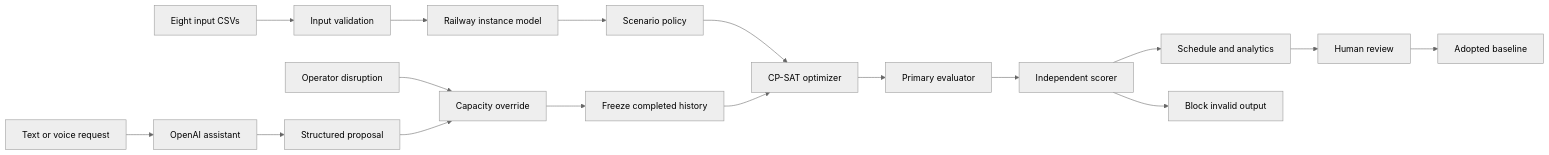
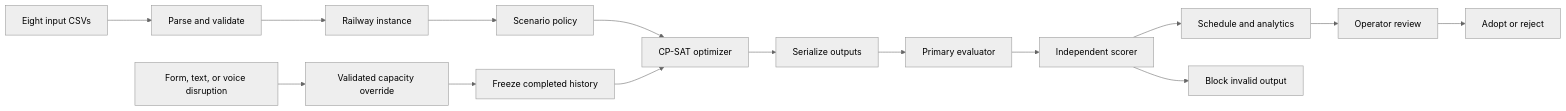
Before and after one commit to 13shreyansh/nebula-ps1-knowledge-base: the diagram in README.md, drawn with Mermaid (neutral theme). The commit also changed other lines of this file, not shown here.

````diff
--- a/README.md
+++ b/README.md
@@ -91,19 +95,18 @@
 ```mermaid
-graph LR
-    A["Eight input CSVs"] --> B["Input validation"]
-    B --> C["Railway instance model"]
+flowchart LR
+    A["Eight input CSVs"] --> B["Parse and validate"]
+    B --> C["Railway instance"]
     C --> D["Scenario policy"]
     D --> E["CP-SAT optimizer"]
-    E --> F["Primary evaluator"]
-    F --> G["Independent scorer"]
-    G --> H["Schedule and analytics"]
-    G --> X["Block invalid output"]
-    I["Operator disruption"] --> J["Capacity override"]
-    J --> K["Freeze completed history"]
-    K --> E
-    L["Text or voice request"] --> M["OpenAI assistant"]
-    M --> N["Structured proposal"]
-    N --> J
-    H --> O["Human review"]
-    O --> P["Adopted baseline"]
+    E --> F["Serialize outputs"]
+    F --> G["Primary evaluator"]
+    G --> H["Independent scorer"]
+    H --> I["Schedule and analytics"]
+    H --> X["Block invalid output"]
+
+    J["Form, text, or voice disruption"] --> K["Validated capacity override"]
+    K --> L["Freeze completed history"]
+    L --> E
+    I --> M["Operator review"]
+    M --> N["Adopt or reject"]
 ```
````
